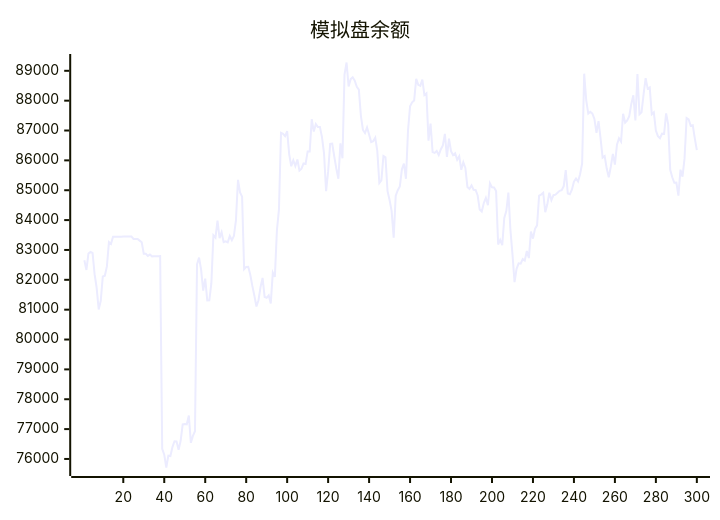
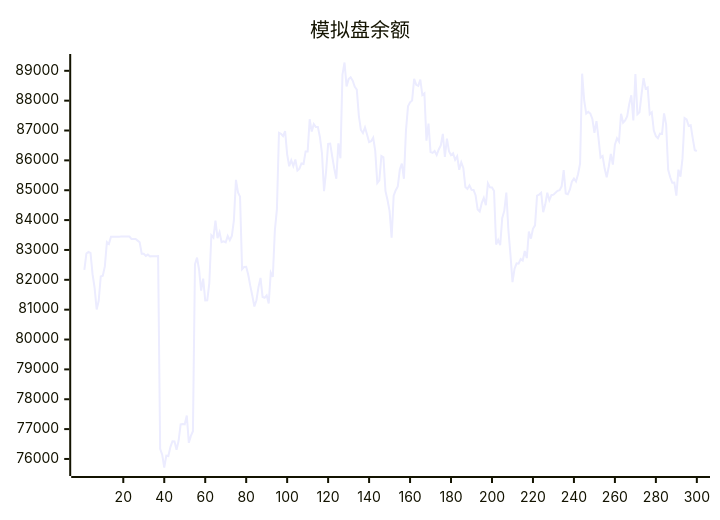
The diagram in README.md (aahl/ai-trading), drawn with Mermaid before and after one commit. The commit also changed other lines of this file and 1 other file, not shown here.

````diff
--- a/README.md
+++ b/README.md
@@ -5,5 +5,5 @@
 ```mermaid
 xychart
     title "模拟盘余额"
-    line [82654,82330,82883,82934,82901,82188,81728,81005,81298,82110,82135,82449,83264,83203,83440,83439,83440,83440,83446,83447,83448,83447,83448,83449,83369,83369,83369,83313,83256,82872,82873,82801,82844,82785,82791,82791,82793,82794,76339,76145,75714,76110,76096,76397,76594,76585,76310,76607,77160,77170,77160,77456,76541,76774,76927,82520,82744,82337,81639,82040,81307,81314,81887,83490,83414,83984,83396,83594,83261,83287,83253,83470,83327,83465,83987,85348,84930,84786,82355,82433,82438,82167,81795,81466,81105,81315,81756,82064,81426,81398,81481,81210,82242,82099,83658,84359,86925,86892,86814,86980,86203,85802,86003,85811,86028,85657,85721,85896,85880,86300,86299,87378,86965,87214,87115,87118,86780,86238,84966,85623,86555,86562,86129,85722,85387,86569,86070,88870,89278,88477,88720,88781,88668,88467,88372,87493,87018,86917,87102,86870,86613,86644,86758,86317,85242,85334,86149,86106,84968,84671,84302,83410,84816,85001,85127,85693,85891,85384,87001,87811,87945,88007,88734,88528,88495,88705,88189,88248,86662,87234,86279,86251,86314,86177,86364,86503,86886,86114,86731,86310,86176,86240,86017,86136,85685,85938,85749,85111,85044,85164,85016,85008,84824,84354,84287,84572,84745,84500,85234,85096,85095,84970,83180,83338,83157,84070,84309,84922,83667,82850,81924,82369,82552,82539,82695,82648,82962,82728,83619,83378,83710,83825,84819,84854,84917,84265,84527,84919,84668,84834,84850,84916,84981,85004,85131,85674,84891,84864,85019,85284,85393,85294,85538,85894,88904,88012,87567,87625,87568,87386,86920,87313,86737,86094,86143,85725,85437,85787,86219,85859,86526,86740,86630,87563,87264,87335,87483,87886,88180,87335,88894,87544,87608,88207,88755,88401,88444,87543,87608,87000,86810,86740,86894,86884,87576,87209,85686,85435,85251,85255,84820,85689,85453,86066,87420,87373,87161,87178,86740,86341]
+    line [82330,82883,82934,82901,82188,81728,81005,81298,82110,82135,82449,83264,83203,83440,83439,83440,83440,83446,83447,83448,83447,83448,83449,83369,83369,83369,83313,83256,82872,82873,82801,82844,82785,82791,82791,82793,82794,76339,76145,75714,76110,76096,76397,76594,76585,76310,76607,77160,77170,77160,77456,76541,76774,76927,82520,82744,82337,81639,82040,81307,81314,81887,83490,83414,83984,83396,83594,83261,83287,83253,83470,83327,83465,83987,85348,84930,84786,82355,82433,82438,82167,81795,81466,81105,81315,81756,82064,81426,81398,81481,81210,82242,82099,83658,84359,86925,86892,86814,86980,86203,85802,86003,85811,86028,85657,85721,85896,85880,86300,86299,87378,86965,87214,87115,87118,86780,86238,84966,85623,86555,86562,86129,85722,85387,86569,86070,88870,89278,88477,88720,88781,88668,88467,88372,87493,87018,86917,87102,86870,86613,86644,86758,86317,85242,85334,86149,86106,84968,84671,84302,83410,84816,85001,85127,85693,85891,85384,87001,87811,87945,88007,88734,88528,88495,88705,88189,88248,86662,87234,86279,86251,86314,86177,86364,86503,86886,86114,86731,86310,86176,86240,86017,86136,85685,85938,85749,85111,85044,85164,85016,85008,84824,84354,84287,84572,84745,84500,85234,85096,85095,84970,83180,83338,83157,84070,84309,84922,83667,82850,81924,82369,82552,82539,82695,82648,82962,82728,83619,83378,83710,83825,84819,84854,84917,84265,84527,84919,84668,84834,84850,84916,84981,85004,85131,85674,84891,84864,85019,85284,85393,85294,85538,85894,88904,88012,87567,87625,87568,87386,86920,87313,86737,86094,86143,85725,85437,85787,86219,85859,86526,86740,86630,87563,87264,87335,87483,87886,88180,87335,88894,87544,87608,88207,88755,88401,88444,87543,87608,87000,86810,86740,86894,86884,87576,87209,85686,85435,85251,85255,84820,85689,85453,86066,87420,87373,87161,87178,86740,86341,86315]
 ```
````
